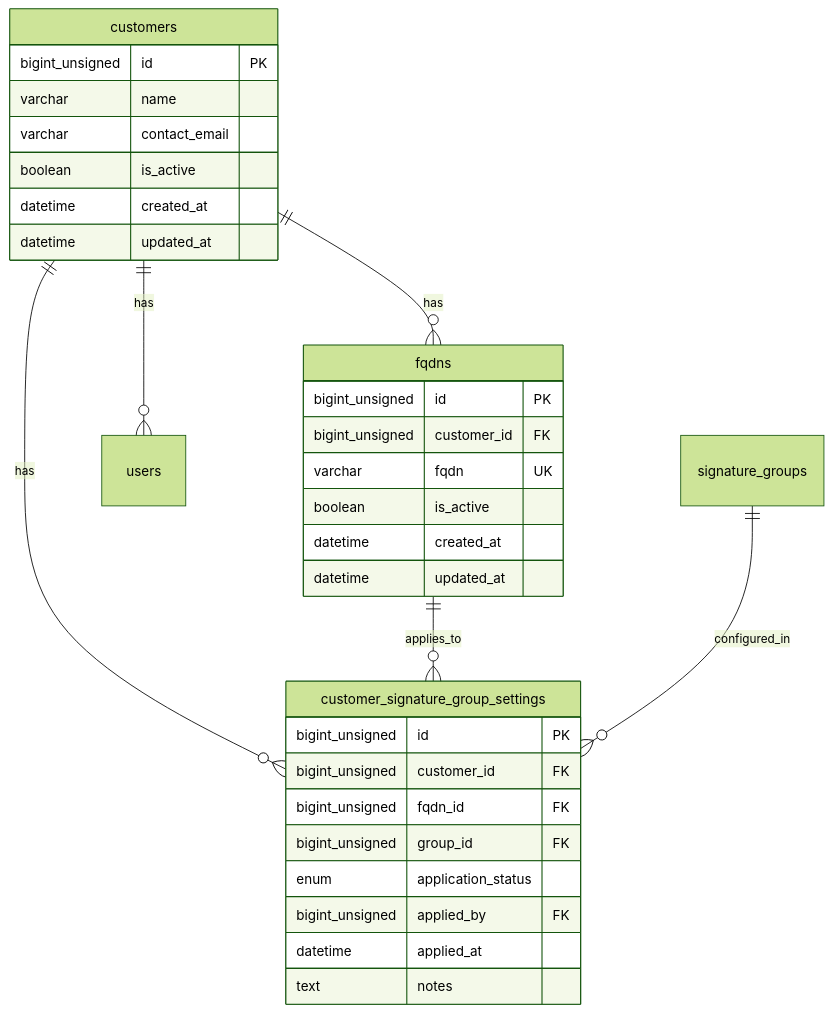
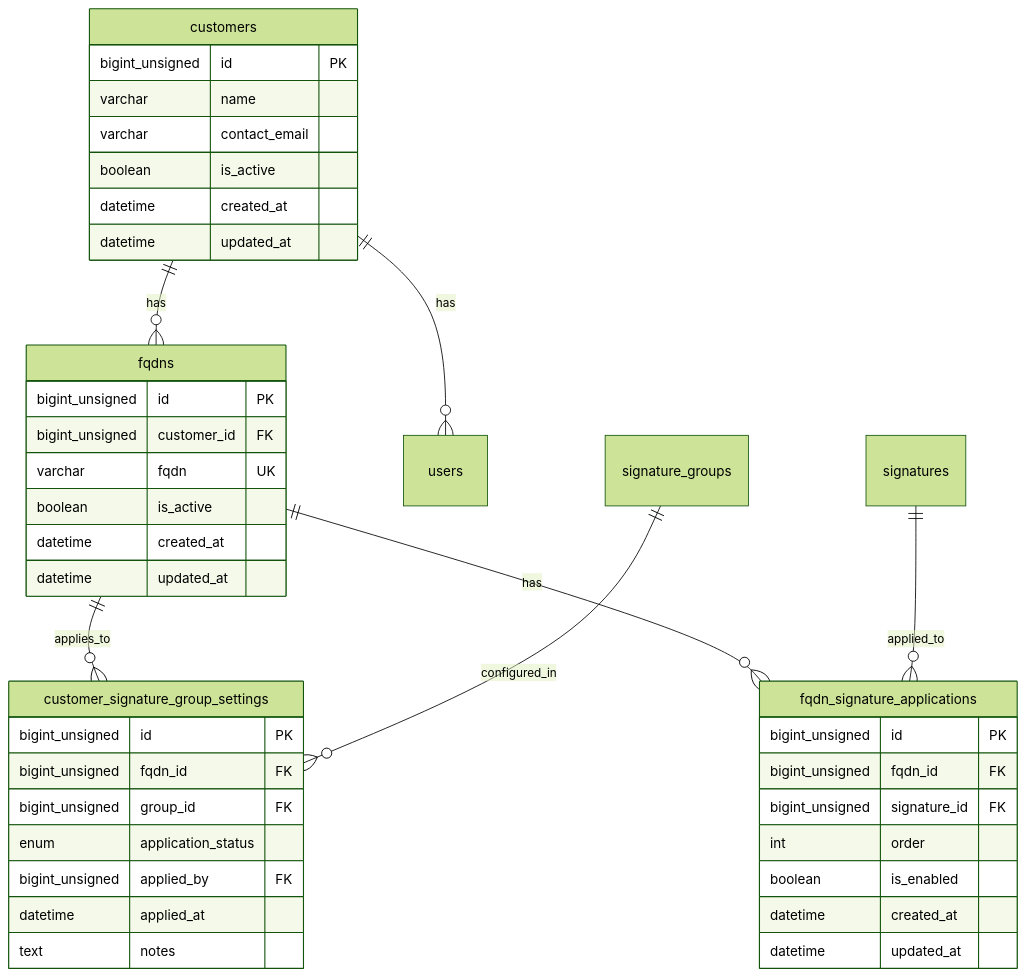
Diagram 16 of 20 in docs/DESIGN.md (kencom2400/MrWebDefence-Design), drawn with Mermaid (forest theme) before and after one commit. The commit also changed other lines of this file, not shown here.

First line of the commit message:
refactor(design): customer_signature_group_settingsからcustomer_idを削除し、FQDN別シグニチャ適用順序テーブルを追加

````diff
--- a/docs/DESIGN.md
+++ b/docs/DESIGN.md
@@ -1370,37 +1370,47 @@
 ```mermaid
 erDiagram
     customers ||--o{ fqdns : "has"
-    customers ||--o{ customer_signature_group_settings : "has"
     customers ||--o{ users : "has"
     fqdns ||--o{ customer_signature_group_settings : "applies_to"
     signature_groups ||--o{ customer_signature_group_settings : "configured_in"
+    fqdns ||--o{ fqdn_signature_applications : "has"
+    signatures ||--o{ fqdn_signature_applications : "applied_to"
     
     customers {
         bigint_unsigned id PK
         varchar name
         varchar contact_email
         boolean is_active
         datetime created_at
         datetime updated_at
     }
     
     fqdns {
         bigint_unsigned id PK
         bigint_unsigned customer_id FK
         varchar fqdn UK
         boolean is_active
         datetime created_at
         datetime updated_at
     }
     
     customer_signature_group_settings {
         bigint_unsigned id PK
-        bigint_unsigned customer_id FK
         bigint_unsigned fqdn_id FK
         bigint_unsigned group_id FK
         enum application_status
         bigint_unsigned applied_by FK
         datetime applied_at
         text notes
     }
+    
+    fqdn_signature_applications {
+        bigint_unsigned id PK
+        bigint_unsigned fqdn_id FK
+        bigint_unsigned signature_id FK
+        int order
+        boolean is_enabled
+        datetime created_at
+        datetime updated_at
+    }
 ```
````
